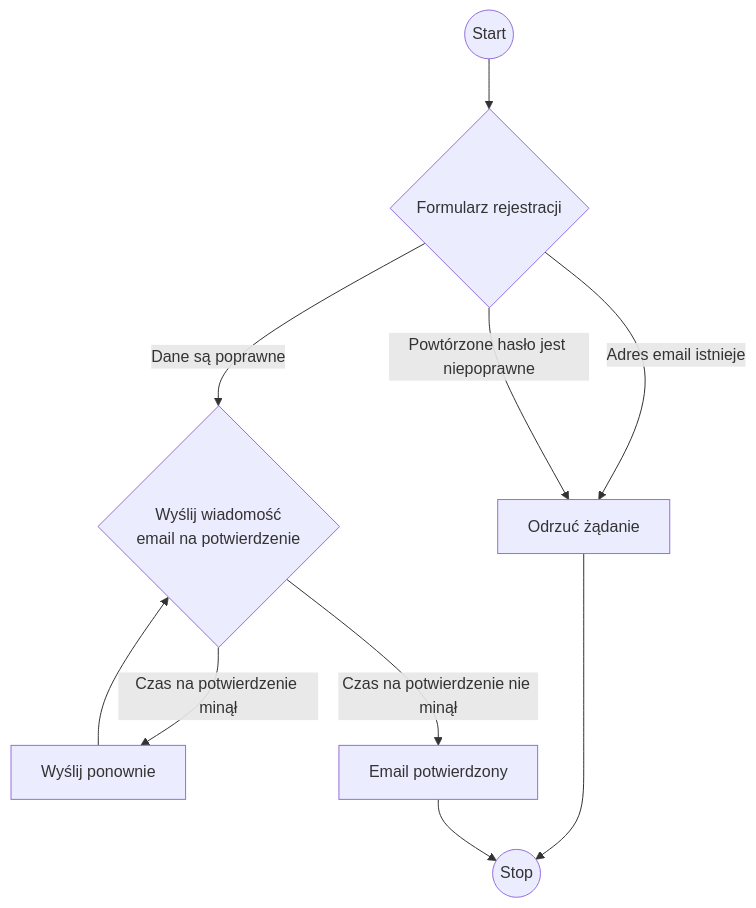
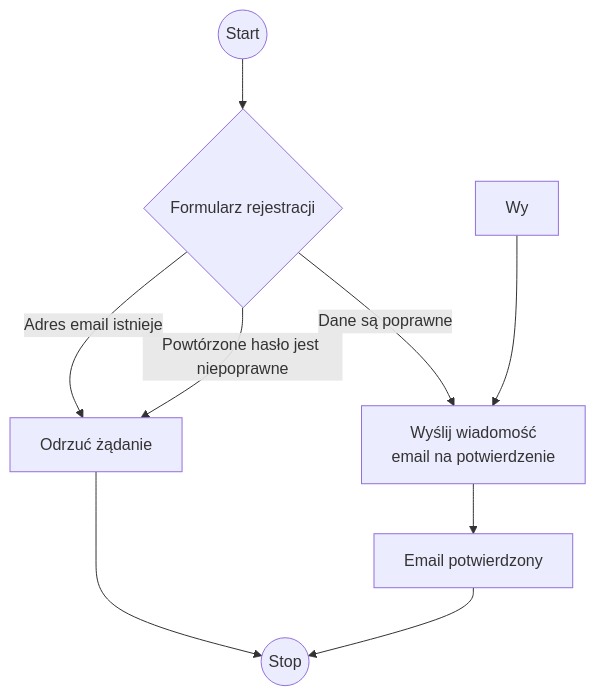
The fourth of 5 diagrams in docs/eng-degree-docs/eng-degree/static/diagrams/flowcharts.md (kacperbylicki/trashify), drawn with Mermaid before and after one commit. The commit also changed 3 other files, not shown here.

First line of the commit message:
fix: diagram descriptions, style, formatting (#113)

````diff
--- a/docs/eng-degree-docs/eng-degree/static/diagrams/flowcharts.md
+++ b/docs/eng-degree-docs/eng-degree/static/diagrams/flowcharts.md
@@ -40,11 +40,10 @@
 ```mermaid
 graph TD
     Start((Start)) --> Formularz{Formularz rejestracji}
     Formularz -- Adres email istnieje --> Odrzuć[Odrzuć żądanie] --> End((Stop))
     Formularz -- Powtórzone hasło jest niepoprawne --> Odrzuć[Odrzuć żądanie]
-    Formularz -- Dane są poprawne --> Wiadomość{Wyślij wiadomość\nemail na potwierdzenie}
-    Wiadomość -- Czas na potwierdzenie minął --> Wy[Wyślij ponownie]
+    Formularz -- Dane są poprawne --> Wiadomość[Wyślij wiadomość\nemail na potwierdzenie]
     Wy --> Wiadomość
-    Wiadomość -- Czas na potwierdzenie nie minął --> Potwierdź[Email potwierdzony]
+    Wiadomość --> Potwierdź[Email potwierdzony]
     Potwierdź --> End
 ```
````
